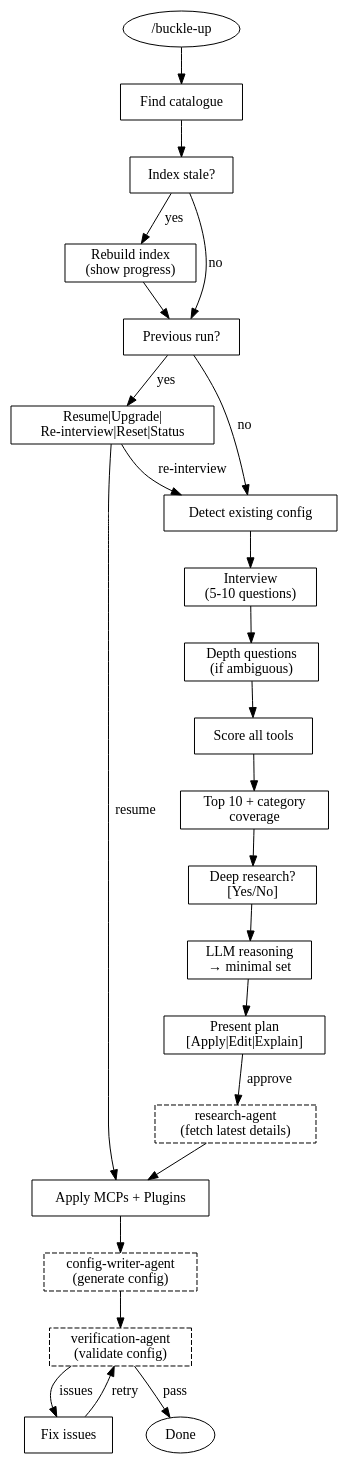
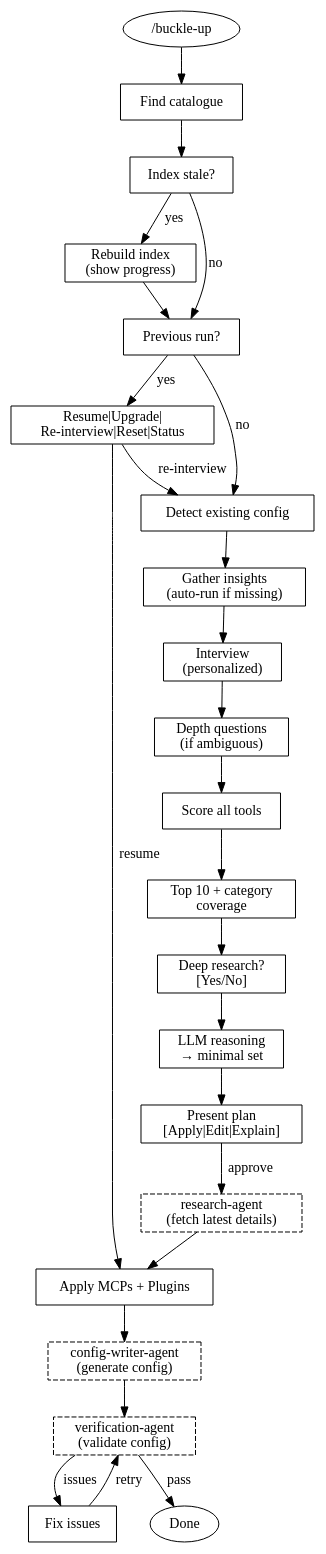
One commit to razpetel/buckle-up changed the diagram in skills/buckle-up/SKILL.md. Above: the diagram before and after it, drawn with Graphviz. The commit also changed other lines of this file and 2 other files, not shown here.

First line of the commit message:
feat: integrate /insights into interview for personalized questions

````diff
--- a/skills/buckle-up/SKILL.md
+++ b/skills/buckle-up/SKILL.md
@@ -21,54 +21,56 @@
 ```dot
 digraph buckle_up_flow {
   rankdir=TB;
   node [shape=box];
 
   start [label="/buckle-up" shape=ellipse];
   find_cat [label="Find catalogue"];
   check_index [label="Index stale?"];
   rebuild [label="Rebuild index\n(show progress)"];
   check_prev [label="Previous run?"];
   rerun_menu [label="Resume|Upgrade|\nRe-interview|Reset|Status"];
   detect_config [label="Detect existing config"];
-  interview [label="Interview\n(5-10 questions)"];
+  gather_insights [label="Gather insights\n(auto-run if missing)"];
+  interview [label="Interview\n(personalized)"];
   depth [label="Depth questions\n(if ambiguous)"];
   score [label="Score all tools"];
   top10 [label="Top 10 + category\ncoverage"];
   research [label="Deep research?\n[Yes/No]"];
   reason [label="LLM reasoning\n→ minimal set"];
   present [label="Present plan\n[Apply|Edit|Explain]"];
 
   // Agents (dashed boxes)
   research_agent [label="research-agent\n(fetch latest details)" style=dashed];
   config_agent [label="config-writer-agent\n(generate config)" style=dashed];
   verify_agent [label="verification-agent\n(validate config)" style=dashed];
 
   apply_tools [label="Apply MCPs + Plugins"];
   fix_issues [label="Fix issues"];
   done [label="Done" shape=ellipse];
 
   start -> find_cat;
   find_cat -> check_index;
   check_index -> rebuild [label="yes"];
   check_index -> check_prev [label="no"];
   rebuild -> check_prev;
   check_prev -> rerun_menu [label="yes"];
   check_prev -> detect_config [label="no"];
   rerun_menu -> detect_config [label="re-interview"];
   rerun_menu -> apply_tools [label="resume"];
-  detect_config -> interview;
+  detect_config -> gather_insights;
+  gather_insights -> interview;
   interview -> depth;
   depth -> score;
   score -> top10;
   top10 -> research;
   research -> reason;
   reason -> present;
   present -> research_agent [label="approve"];
   research_agent -> apply_tools;
   apply_tools -> config_agent;
   config_agent -> verify_agent;
   verify_agent -> done [label="pass"];
   verify_agent -> fix_issues [label="issues"];
   fix_issues -> verify_agent [label="retry"];
 }
 ```
````
